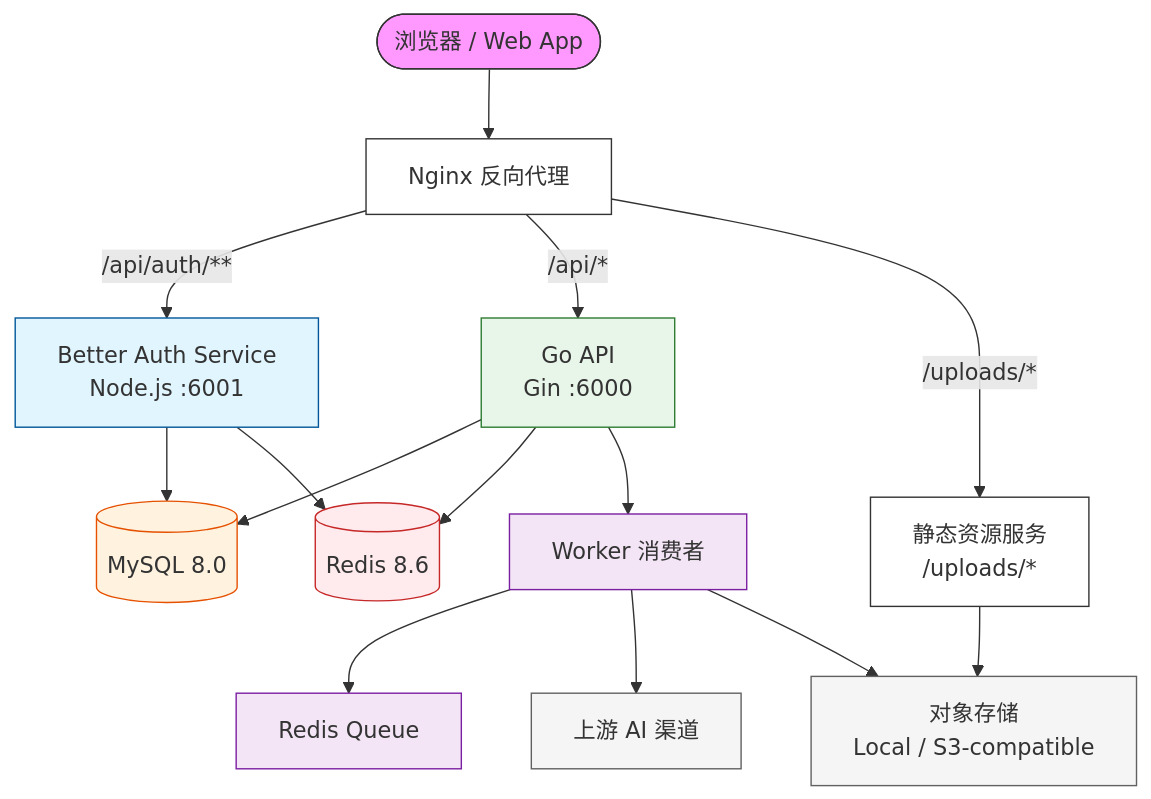
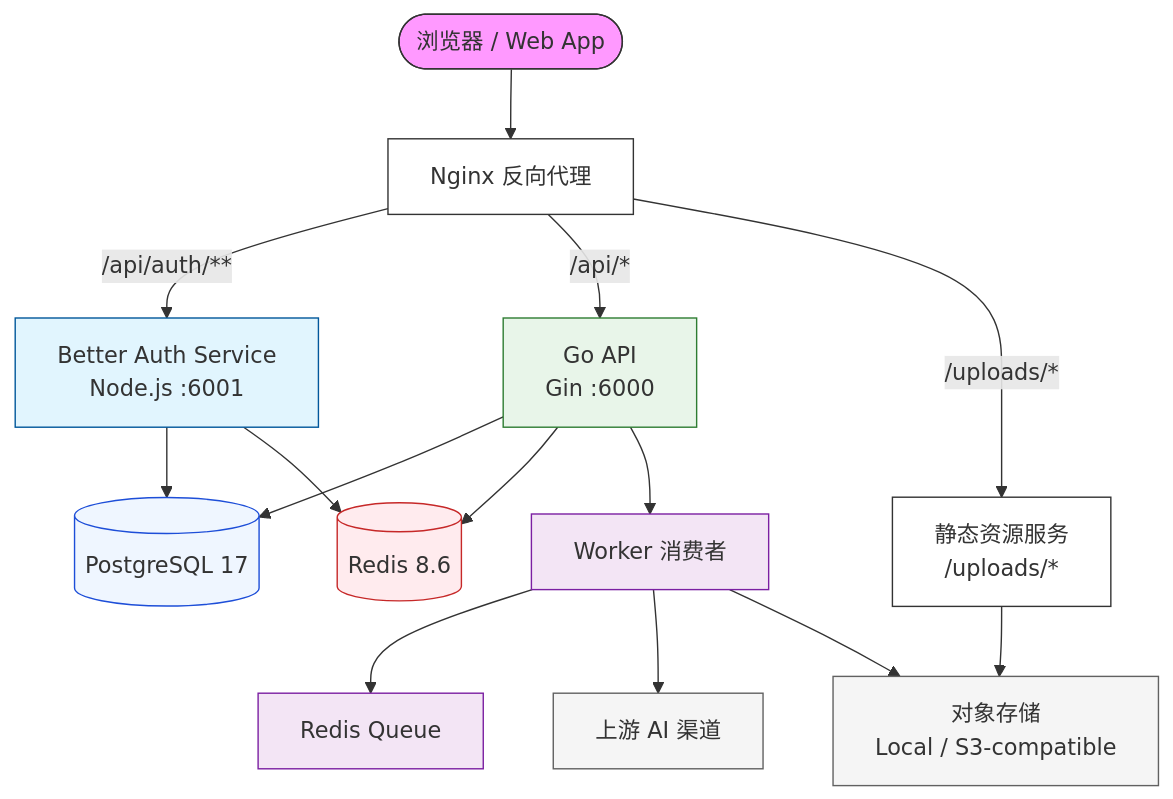
The diagram in README.md (Ericsunsk/IdeaBoard), drawn with Mermaid before and after one commit. The commit also changed other lines of this file and 114 other files, not shown here.

First line of the commit message:
refactor: migrate database from MySQL 8.0 to PostgreSQL 17

````diff
--- a/README.md
+++ b/README.md
@@ -79,23 +79,23 @@
 ```mermaid
 flowchart TB
     Browser(["浏览器 / Web App"]) --> Nginx["Nginx 反向代理"]
     Nginx -- /api/auth/** --> Auth["Better Auth Service<br>Node.js :6001"]
     Nginx -- /api/* --> GoAPI["Go API<br>Gin :6000"]
     Nginx -- /uploads/* --> Static["静态资源服务<br>/uploads/*"]
-    Auth --> MySQL[("MySQL 8.0")] & Redis[("Redis 8.6")]
-    GoAPI --> MySQL & Redis & Worker["Worker 消费者"]
+    Auth --> Postgres[("PostgreSQL 17")] & Redis[("Redis 8.6")]
+    GoAPI --> Postgres & Redis & Worker["Worker 消费者"]
     Worker --> Queue["Redis Queue"] & AI["上游 AI 渠道"] & Storage["对象存储<br>Local / S3-compatible"]
     Static --> Storage
 
     style Browser fill:#f9f,stroke:#333,stroke-width:1px
     style Nginx fill:#fff,stroke:#333,stroke-width:1px
     style Auth fill:#e1f5fe,stroke:#01579b,stroke-width:1px
     style GoAPI fill:#e8f5e9,stroke:#2e7d32,stroke-width:1px
     style Static fill:#fff,stroke:#333,stroke-width:1px
-    style MySQL fill:#fff3e0,stroke:#e65100,stroke-width:1px
+    style Postgres fill:#eff6ff,stroke:#1d4ed8,stroke-width:1px
     style Redis fill:#ffebee,stroke:#c62828,stroke-width:1px
     style Worker fill:#f3e5f5,stroke:#7b1fa2,stroke-width:1px
     style Queue fill:#f3e5f5,stroke:#7b1fa2,stroke-width:1px
     style AI fill:#f5f5f5,stroke:#616161,stroke-width:1px
     style Storage fill:#f5f5f5,stroke:#616161,stroke-width:1px
 ```
````
